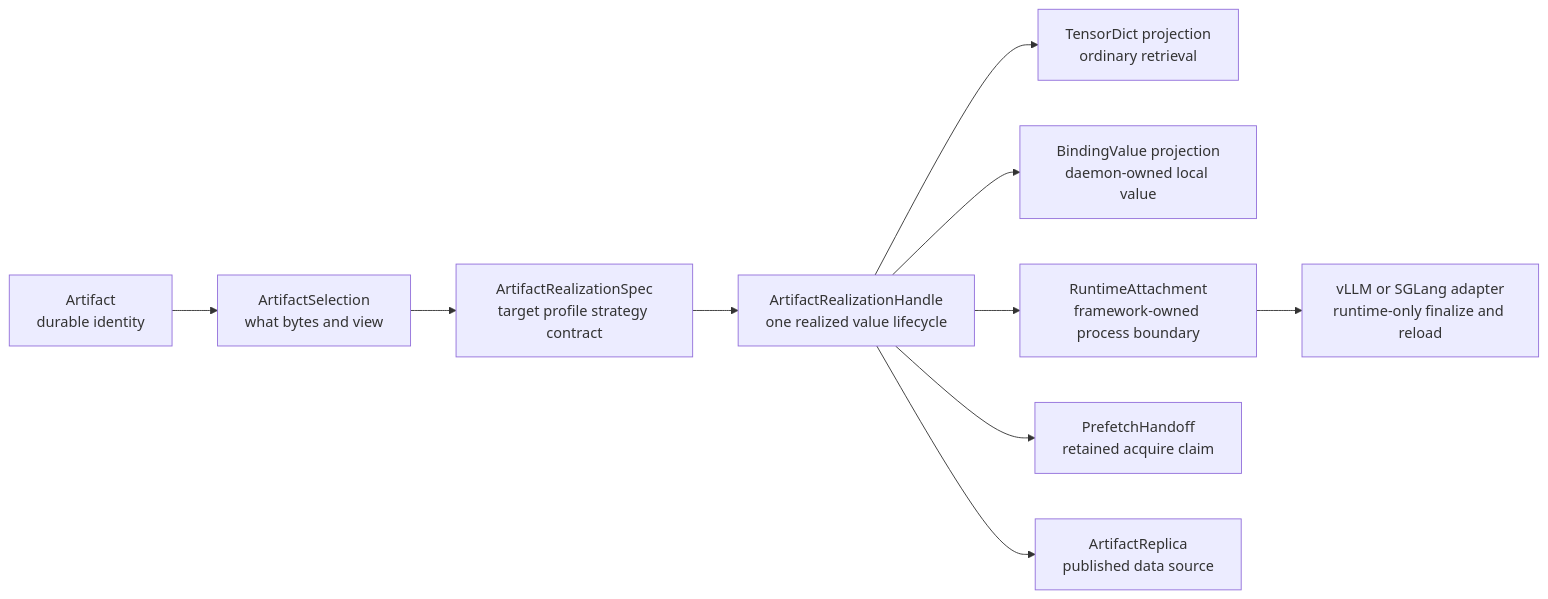
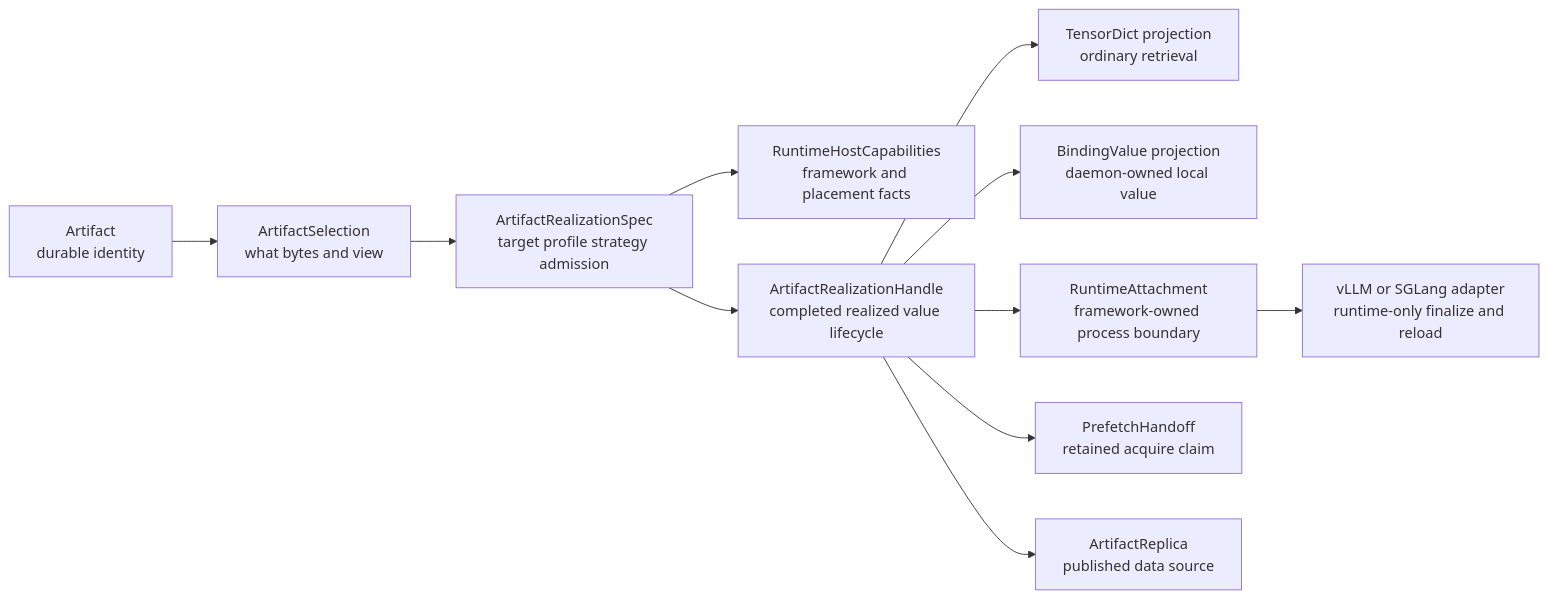
Before and after one commit to tensorcast-ai/tensorcast: the diagram in docs/designs/0120-artifact-centered-model-runtime-realization.md, drawn with Mermaid. The commit also changed other lines of this file and 3 other files, not shown here.

````diff
--- a/docs/designs/0120-artifact-centered-model-runtime-realization.md
+++ b/docs/designs/0120-artifact-centered-model-runtime-realization.md
@@ -103,12 +99,13 @@
 ```mermaid
 flowchart LR
   A["Artifact<br>durable identity"] --> B["ArtifactSelection<br>what bytes and view"]
-  B --> C["ArtifactRealizationSpec<br>target profile strategy contract"]
-  C --> D["ArtifactRealizationHandle<br>one realized value lifecycle"]
+  B --> C["ArtifactRealizationSpec<br>target profile strategy admission"]
+  C --> K["RuntimeHostCapabilities<br>framework and placement facts"]
+  C --> D["ArtifactRealizationHandle<br>completed realized value lifecycle"]
   D --> E["TensorDict projection<br>ordinary retrieval"]
   D --> F["BindingValue projection<br>daemon-owned local value"]
   D --> G["RuntimeAttachment<br>framework-owned process boundary"]
   D --> H["PrefetchHandoff<br>retained acquire claim"]
   D --> I["ArtifactReplica<br>published data source"]
   G --> J["vLLM or SGLang adapter<br>runtime-only finalize and reload"]
 ```
````
